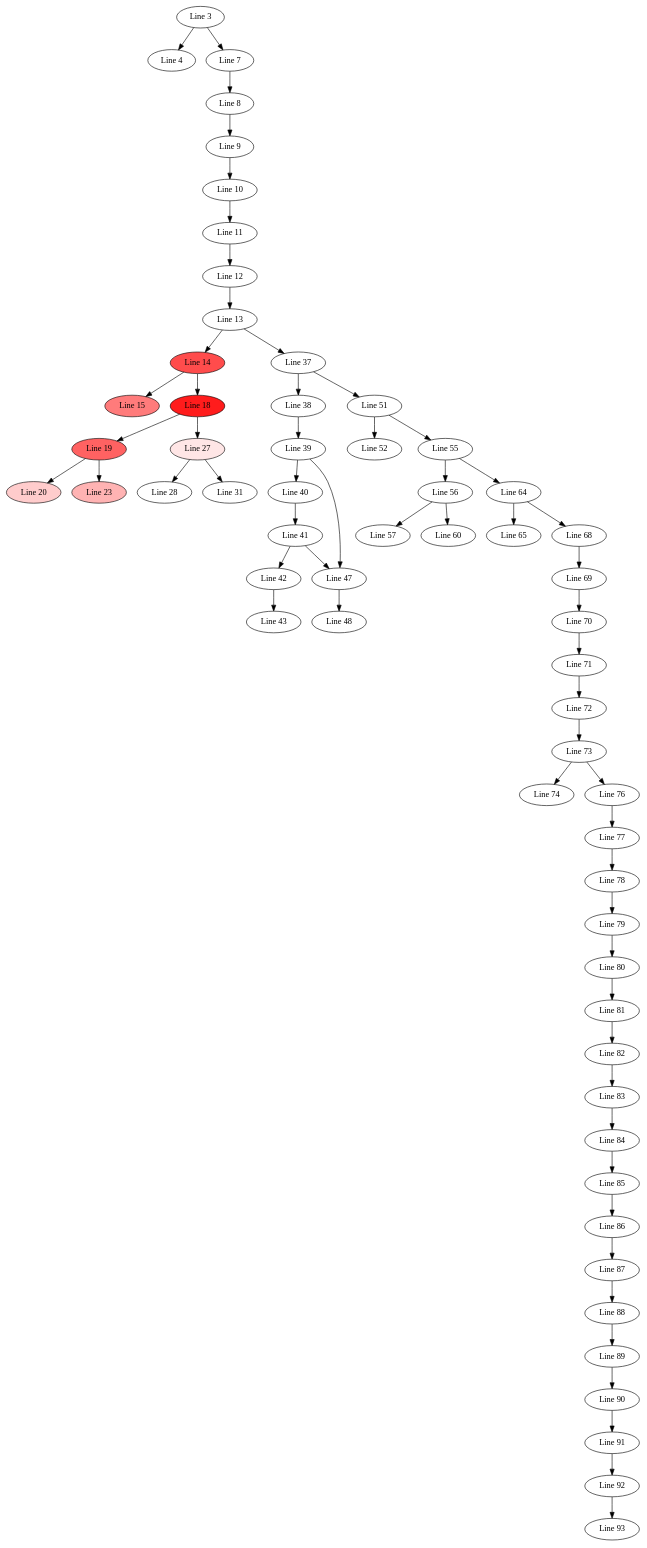
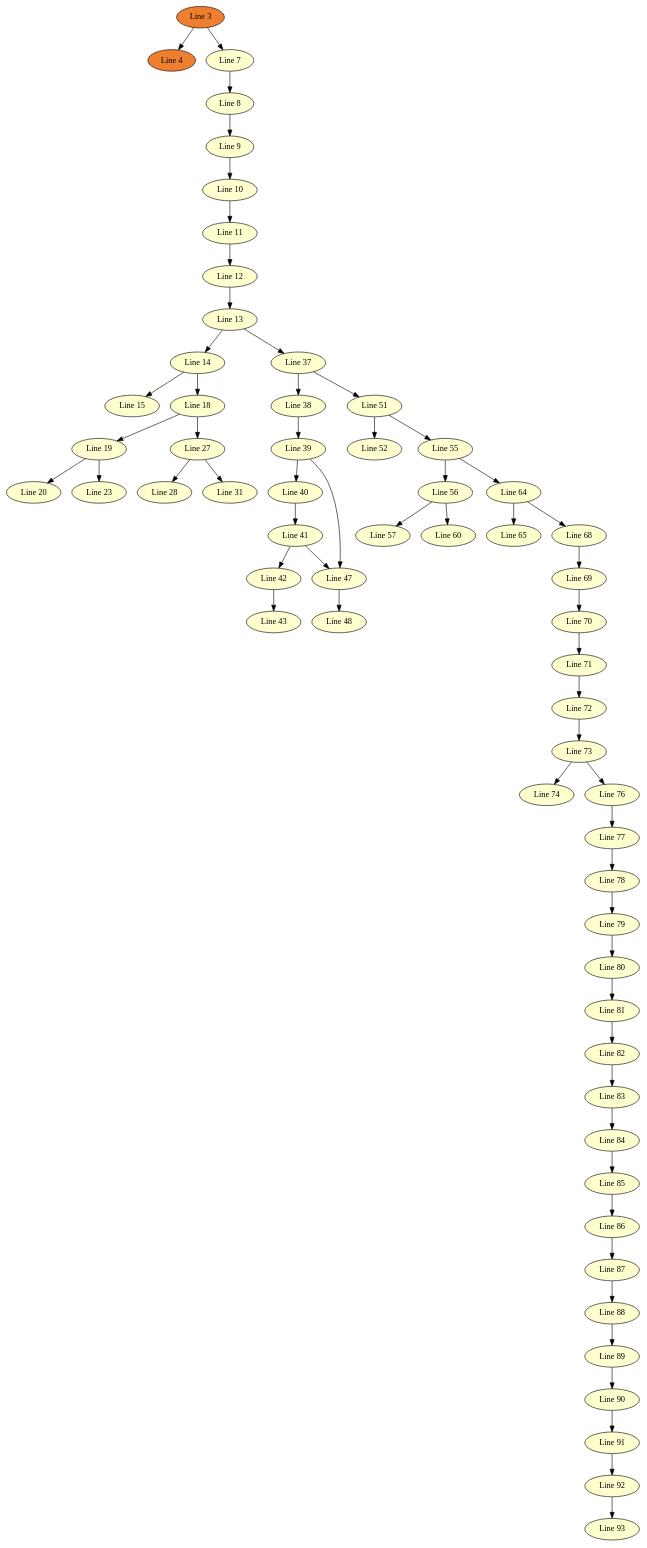
Before and after one commit to ChrisMurphyOnline/cfg-visualization: the diagram in test input programs/D_BoomBoomPow_edges.dot, drawn with Graphviz. The commit also changed 13 other files, not shown here.

```diff
--- a/test input programs/D_BoomBoomPow_edges.dot
+++ b/test input programs/D_BoomBoomPow_edges.dot
@@ -1,122 +1,122 @@
 strict digraph {
-Line10[label="Line 10", shape=ellipse, style=filled, fillcolor="#ffffff"];
-Line11[label="Line 11", shape=ellipse, style=filled, fillcolor="#ffffff"];
-Line12[label="Line 12", shape=ellipse, style=filled, fillcolor="#ffffff"];
-Line13[label="Line 13", shape=ellipse, style=filled, fillcolor="#ffffff"];
-Line14[label="Line 14", shape=ellipse, style=filled, fillcolor="#ff4c4c"];
-Line15[label="Line 15", shape=ellipse, style=filled, fillcolor="#ff7b7b"];
-Line18[label="Line 18", shape=ellipse, style=filled, fillcolor="#ff1c1c"];
-Line19[label="Line 19", shape=ellipse, style=filled, fillcolor="#ff6262"];
-Line20[label="Line 20", shape=ellipse, style=filled, fillcolor="#ffcccc"];
-Line23[label="Line 23", shape=ellipse, style=filled, fillcolor="#ffb3b3"];
-Line27[label="Line 27", shape=ellipse, style=filled, fillcolor="#ffe6e6"];
-Line28[label="Line 28", shape=ellipse, style=filled, fillcolor="#ffffff"];
-Line31[label="Line 31", shape=ellipse, style=filled, fillcolor="#ffffff"];
-Line37[label="Line 37", shape=ellipse, style=filled, fillcolor="#ffffff"];
-Line38[label="Line 38", shape=ellipse, style=filled, fillcolor="#ffffff"];
-Line39[label="Line 39", shape=ellipse, style=filled, fillcolor="#ffffff"];
-Line3[label="Line 3", shape=ellipse, style=filled, fillcolor="#ffffff"];
-Line40[label="Line 40", shape=ellipse, style=filled, fillcolor="#ffffff"];
-Line41[label="Line 41", shape=ellipse, style=filled, fillcolor="#ffffff"];
-Line42[label="Line 42", shape=ellipse, style=filled, fillcolor="#ffffff"];
-Line43[label="Line 43", shape=ellipse, style=filled, fillcolor="#ffffff"];
-Line47[label="Line 47", shape=ellipse, style=filled, fillcolor="#ffffff"];
-Line48[label="Line 48", shape=ellipse, style=filled, fillcolor="#ffffff"];
-Line4[label="Line 4", shape=ellipse, style=filled, fillcolor="#ffffff"];
-Line51[label="Line 51", shape=ellipse, style=filled, fillcolor="#ffffff"];
-Line52[label="Line 52", shape=ellipse, style=filled, fillcolor="#ffffff"];
-Line55[label="Line 55", shape=ellipse, style=filled, fillcolor="#ffffff"];
-Line56[label="Line 56", shape=ellipse, style=filled, fillcolor="#ffffff"];
-Line57[label="Line 57", shape=ellipse, style=filled, fillcolor="#ffffff"];
-Line60[label="Line 60", shape=ellipse, style=filled, fillcolor="#ffffff"];
-Line64[label="Line 64", shape=ellipse, style=filled, fillcolor="#ffffff"];
-Line65[label="Line 65", shape=ellipse, style=filled, fillcolor="#ffffff"];
-Line68[label="Line 68", shape=ellipse, style=filled, fillcolor="#ffffff"];
-Line69[label="Line 69", shape=ellipse, style=filled, fillcolor="#ffffff"];
-Line70[label="Line 70", shape=ellipse, style=filled, fillcolor="#ffffff"];
-Line71[label="Line 71", shape=ellipse, style=filled, fillcolor="#ffffff"];
-Line72[label="Line 72", shape=ellipse, style=filled, fillcolor="#ffffff"];
-Line73[label="Line 73", shape=ellipse, style=filled, fillcolor="#ffffff"];
-Line74[label="Line 74", shape=ellipse, style=filled, fillcolor="#ffffff"];
-Line76[label="Line 76", shape=ellipse, style=filled, fillcolor="#ffffff"];
-Line77[label="Line 77", shape=ellipse, style=filled, fillcolor="#ffffff"];
-Line78[label="Line 78", shape=ellipse, style=filled, fillcolor="#ffffff"];
-Line79[label="Line 79", shape=ellipse, style=filled, fillcolor="#ffffff"];
-Line7[label="Line 7", shape=ellipse, style=filled, fillcolor="#ffffff"];
-Line80[label="Line 80", shape=ellipse, style=filled, fillcolor="#ffffff"];
-Line81[label="Line 81", shape=ellipse, style=filled, fillcolor="#ffffff"];
-Line82[label="Line 82", shape=ellipse, style=filled, fillcolor="#ffffff"];
-Line83[label="Line 83", shape=ellipse, style=filled, fillcolor="#ffffff"];
-Line84[label="Line 84", shape=ellipse, style=filled, fillcolor="#ffffff"];
-Line85[label="Line 85", shape=ellipse, style=filled, fillcolor="#ffffff"];
-Line86[label="Line 86", shape=ellipse, style=filled, fillcolor="#ffffff"];
-Line87[label="Line 87", shape=ellipse, style=filled, fillcolor="#ffffff"];
-Line88[label="Line 88", shape=ellipse, style=filled, fillcolor="#ffffff"];
-Line89[label="Line 89", shape=ellipse, style=filled, fillcolor="#ffffff"];
-Line8[label="Line 8", shape=ellipse, style=filled, fillcolor="#ffffff"];
-Line90[label="Line 90", shape=ellipse, style=filled, fillcolor="#ffffff"];
-Line91[label="Line 91", shape=ellipse, style=filled, fillcolor="#ffffff"];
-Line92[label="Line 92", shape=ellipse, style=filled, fillcolor="#ffffff"];
-Line93[label="Line 93", shape=ellipse, style=filled, fillcolor="#ffffff"];
-Line9[label="Line 9", shape=ellipse, style=filled, fillcolor="#ffffff"];
+Line10[label="Line 10", shape=ellipse, style=filled, fillcolor="#fffecf"];
+Line11[label="Line 11", shape=ellipse, style=filled, fillcolor="#fffecf"];
+Line12[label="Line 12", shape=ellipse, style=filled, fillcolor="#fffecf"];
+Line13[label="Line 13", shape=ellipse, style=filled, fillcolor="#fffecf"];
+Line14[label="Line 14", shape=ellipse, style=filled, fillcolor="#fffecf"];
+Line15[label="Line 15", shape=ellipse, style=filled, fillcolor="#fffecf"];
+Line18[label="Line 18", shape=ellipse, style=filled, fillcolor="#fffecf"];
+Line19[label="Line 19", shape=ellipse, style=filled, fillcolor="#fffecf"];
+Line20[label="Line 20", shape=ellipse, style=filled, fillcolor="#fffecf"];
+Line23[label="Line 23", shape=ellipse, style=filled, fillcolor="#fffecf"];
+Line27[label="Line 27", shape=ellipse, style=filled, fillcolor="#fffecf"];
+Line28[label="Line 28", shape=ellipse, style=filled, fillcolor="#fffecf"];
+Line31[label="Line 31", shape=ellipse, style=filled, fillcolor="#fffecf"];
+Line37[label="Line 37", shape=ellipse, style=filled, fillcolor="#fffecf"];
+Line38[label="Line 38", shape=ellipse, style=filled, fillcolor="#fffecf"];
+Line39[label="Line 39", shape=ellipse, style=filled, fillcolor="#fffecf"];
+Line3[label="Line 3", shape=ellipse, style=filled, fillcolor="#ef7e2e"];
+Line40[label="Line 40", shape=ellipse, style=filled, fillcolor="#fffecf"];
+Line41[label="Line 41", shape=ellipse, style=filled, fillcolor="#fffecf"];
+Line42[label="Line 42", shape=ellipse, style=filled, fillcolor="#fffecf"];
+Line43[label="Line 43", shape=ellipse, style=filled, fillcolor="#fffecf"];
+Line47[label="Line 47", shape=ellipse, style=filled, fillcolor="#fffecf"];
+Line48[label="Line 48", shape=ellipse, style=filled, fillcolor="#fffecf"];
+Line4[label="Line 4", shape=ellipse, style=filled, fillcolor="#ef7e2e"];
+Line51[label="Line 51", shape=ellipse, style=filled, fillcolor="#fffecf"];
+Line52[label="Line 52", shape=ellipse, style=filled, fillcolor="#fffecf"];
+Line55[label="Line 55", shape=ellipse, style=filled, fillcolor="#fffecf"];
+Line56[label="Line 56", shape=ellipse, style=filled, fillcolor="#fffecf"];
+Line57[label="Line 57", shape=ellipse, style=filled, fillcolor="#fffecf"];
+Line60[label="Line 60", shape=ellipse, style=filled, fillcolor="#fffecf"];
+Line64[label="Line 64", shape=ellipse, style=filled, fillcolor="#fffecf"];
+Line65[label="Line 65", shape=ellipse, style=filled, fillcolor="#fffecf"];
+Line68[label="Line 68", shape=ellipse, style=filled, fillcolor="#fffecf"];
+Line69[label="Line 69", shape=ellipse, style=filled, fillcolor="#fffecf"];
+Line70[label="Line 70", shape=ellipse, style=filled, fillcolor="#fffecf"];
+Line71[label="Line 71", shape=ellipse, style=filled, fillcolor="#fffecf"];
+Line72[label="Line 72", shape=ellipse, style=filled, fillcolor="#fffecf"];
+Line73[label="Line 73", shape=ellipse, style=filled, fillcolor="#fffecf"];
+Line74[label="Line 74", shape=ellipse, style=filled, fillcolor="#fffecf"];
+Line76[label="Line 76", shape=ellipse, style=filled, fillcolor="#fffecf"];
+Line77[label="Line 77", shape=ellipse, style=filled, fillcolor="#fffecf"];
+Line78[label="Line 78", shape=ellipse, style=filled, fillcolor="#fffecf"];
+Line79[label="Line 79", shape=ellipse, style=filled, fillcolor="#fffecf"];
+Line7[label="Line 7", shape=ellipse, style=filled, fillcolor="#fffecf"];
+Line80[label="Line 80", shape=ellipse, style=filled, fillcolor="#fffecf"];
+Line81[label="Line 81", shape=ellipse, style=filled, fillcolor="#fffecf"];
+Line82[label="Line 82", shape=ellipse, style=filled, fillcolor="#fffecf"];
+Line83[label="Line 83", shape=ellipse, style=filled, fillcolor="#fffecf"];
+Line84[label="Line 84", shape=ellipse, style=filled, fillcolor="#fffecf"];
+Line85[label="Line 85", shape=ellipse, style=filled, fillcolor="#fffecf"];
+Line86[label="Line 86", shape=ellipse, style=filled, fillcolor="#fffecf"];
+Line87[label="Line 87", shape=ellipse, style=filled, fillcolor="#fffecf"];
+Line88[label="Line 88", shape=ellipse, style=filled, fillcolor="#fffecf"];
+Line89[label="Line 89", shape=ellipse, style=filled, fillcolor="#fffecf"];
+Line8[label="Line 8", shape=ellipse, style=filled, fillcolor="#fffecf"];
+Line90[label="Line 90", shape=ellipse, style=filled, fillcolor="#fffecf"];
+Line91[label="Line 91", shape=ellipse, style=filled, fillcolor="#fffecf"];
+Line92[label="Line 92", shape=ellipse, style=filled, fillcolor="#fffecf"];
+Line93[label="Line 93", shape=ellipse, style=filled, fillcolor="#fffecf"];
+Line9[label="Line 9", shape=ellipse, style=filled, fillcolor="#fffecf"];
 "Line3" -> "Line4";
 "Line3" -> "Line7";
 "Line7" -> "Line8";
 "Line8" -> "Line9";
 "Line9" -> "Line10";
 "Line10" -> "Line11";
 "Line11" -> "Line12";
 "Line12" -> "Line13";
 "Line13" -> "Line14";
 "Line13" -> "Line37";
 "Line14" -> "Line15";
 "Line14" -> "Line18";
 "Line18" -> "Line19";
 "Line18" -> "Line27";
 "Line19" -> "Line20";
 "Line19" -> "Line23";
 "Line27" -> "Line28";
 "Line27" -> "Line31";
 "Line37" -> "Line38";
 "Line37" -> "Line51";
 "Line38" -> "Line39";
 "Line39" -> "Line40";
 "Line39" -> "Line47";
 "Line40" -> "Line41";
 "Line41" -> "Line42";
 "Line41" -> "Line47";
 "Line42" -> "Line43";
 "Line47" -> "Line48";
 "Line51" -> "Line52";
 "Line51" -> "Line55";
 "Line55" -> "Line56";
 "Line55" -> "Line64";
 "Line56" -> "Line57";
 "Line56" -> "Line60";
 "Line64" -> "Line65";
 "Line64" -> "Line68";
 "Line68" -> "Line69";
 "Line69" -> "Line70";
 "Line70" -> "Line71";
 "Line71" -> "Line72";
 "Line72" -> "Line73";
 "Line73" -> "Line74";
 "Line73" -> "Line76";
 "Line76" -> "Line77";
 "Line77" -> "Line78";
 "Line78" -> "Line79";
 "Line79" -> "Line80";
 "Line80" -> "Line81";
 "Line81" -> "Line82";
 "Line82" -> "Line83";
 "Line83" -> "Line84";
 "Line84" -> "Line85";
 "Line85" -> "Line86";
 "Line86" -> "Line87";
 "Line87" -> "Line88";
 "Line88" -> "Line89";
 "Line89" -> "Line90";
 "Line90" -> "Line91";
 "Line91" -> "Line92";
 "Line92" -> "Line93";
 }
```
